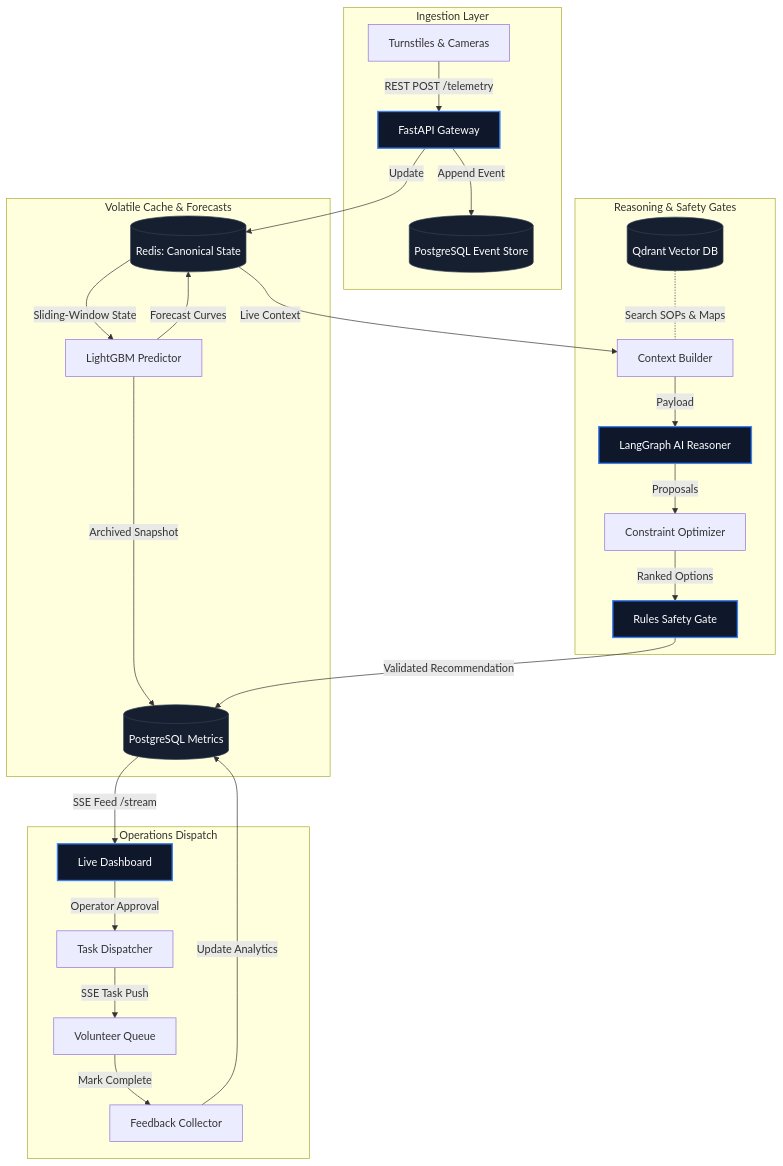
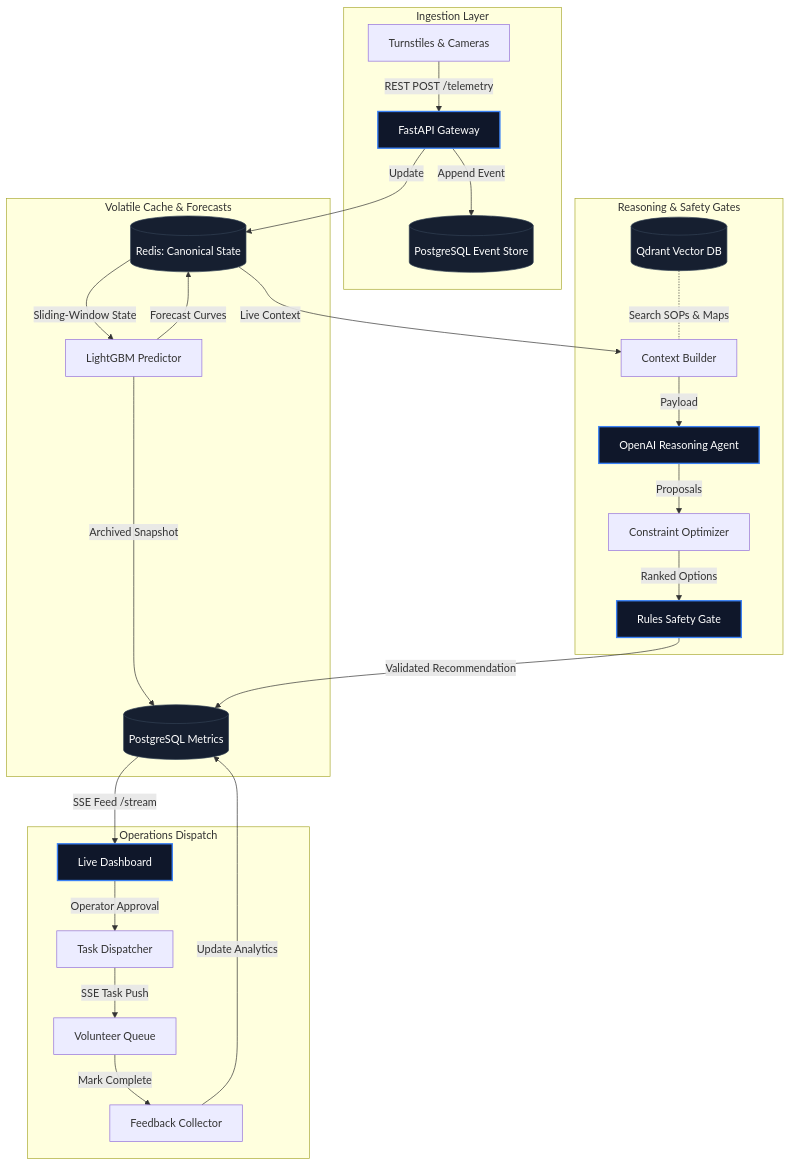
Before and after one commit to ramakrishnanyadav/FIFA-NEXUS-AI: the first of 2 diagrams in README.md, drawn with Mermaid. The commit also changed other lines of this file and 46 other files, not shown here.

````diff
--- a/README.md
+++ b/README.md
@@ -48,36 +91,36 @@
 ```mermaid
 graph TD
     subgraph Ingestion [Ingestion Layer]
         Sensors[Turnstiles & Cameras] -->|REST POST /telemetry| IngestAPI[FastAPI Gateway]
         IngestAPI -->|Append Event| EventStore[(PostgreSQL Event Store)]
     end
 
     subgraph Cache [Volatile Cache & Forecasts]
         IngestAPI -->|Update| RedisCache[(Redis: Canonical State)]
         RedisCache -->|Sliding-Window State| MLPredict[LightGBM Predictor]
         MLPredict -->|Forecast Curves| RedisCache
         MLPredict -->|Archived Snapshot| PostgresDB[(PostgreSQL Metrics)]
     end
 
     subgraph CoreAI [Reasoning & Safety Gates]
         RedisCache -->|Live Context| ContextBuilder[Context Builder]
         QdrantDB[(Qdrant Vector DB)] -.- |Search SOPs & Maps| ContextBuilder
-        ContextBuilder -->|Payload| LangGraphAI[LangGraph AI Reasoner]
-        LangGraphAI -->|Proposals| ConstraintScorer[Constraint Optimizer]
+        ContextBuilder -->|Payload| OpenAIAgent[OpenAI Reasoning Agent]
+        OpenAIAgent -->|Proposals| ConstraintScorer[Constraint Optimizer]
         ConstraintScorer -->|Ranked Options| PolicyGate[Rules Safety Gate]
         PolicyGate -->|Validated Recommendation| PostgresDB
     end
 
     subgraph GroundOps [Operations Dispatch]
         PostgresDB -->|SSE Feed /stream| Dashboard[Live Dashboard]
         Dashboard -->|Operator Approval| DispatchEngine[Task Dispatcher]
         DispatchEngine -->|SSE Task Push| VolunteerApp[Volunteer Queue]
         VolunteerApp -->|Mark Complete| FeedbackLoop[Feedback Collector]
         FeedbackLoop -->|Update Analytics| PostgresDB
     end
 
     classDef db fill:#161F30,stroke:#334155,stroke-width:1px,color:#fff;
     classDef api fill:#0f172a,stroke:#3b82f6,stroke-width:2px,color:#fff;
     class EventStore,RedisCache,PostgresDB,QdrantDB db;
-    class IngestAPI,LangGraphAI,PolicyGate,Dashboard api;
+    class IngestAPI,OpenAIAgent,PolicyGate,Dashboard api;
 ```
````
